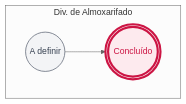
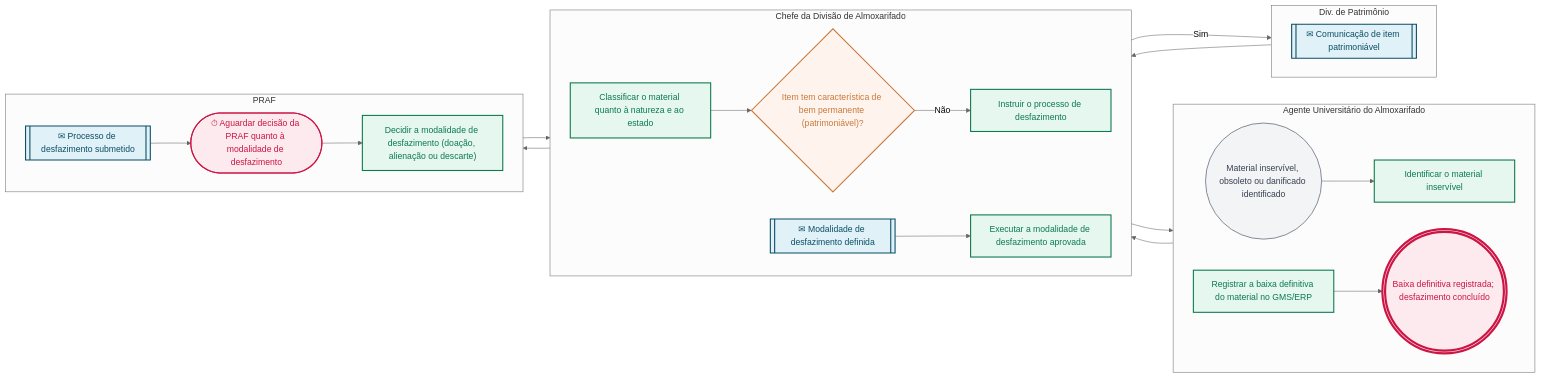
The second of 2 diagrams in pops/ALM/ALM-07.md (jessefers/canvas-vivo-atdg), drawn with Mermaid (neutral theme) before and after one commit. The commit also changed other lines of this file and 9 other files, not shown here.

````diff
--- a/pops/ALM/ALM-07.md
+++ b/pops/ALM/ALM-07.md
@@ -113,17 +148,53 @@
 ```mermaid
 flowchart LR
-  subgraph R1["Div. de Almoxarifado"]
+  subgraph R1["Agente Universitário do Almoxarifado"]
     direction LR
-    e1(("A definir"))
-    e2((("Concluído")))
+    e1(("Material inservível, obsoleto ou danificado identificado"))
+    e2["Identificar o material inservível"]
+    e12["Registrar a baixa definitiva do material no GMS/ERP"]
+    e13((("Baixa definitiva registrada; desfazimento concluído")))
+  end
+  subgraph R2["Chefe da Divisão de Almoxarifado"]
+    direction LR
+    e3["Classificar o material quanto à natureza e ao estado"]
+    e4{"Item tem característica de bem permanente (patrimoniável)?"}
+    e6["Instruir o processo de desfazimento"]
+    e10[["✉ Modalidade de desfazimento definida"]]
+    e11["Executar a modalidade de desfazimento aprovada"]
+  end
+  subgraph R3["Div. de Patrimônio"]
+    direction LR
+    e5[["✉ Comunicação de item patrimoniável"]]
+  end
+  subgraph R4["PRAF"]
+    direction LR
+    e7[["✉ Processo de desfazimento submetido"]]
+    e8(["⏱ Aguardar decisão da PRAF quanto à modalidade de desfazimento"])
+    e9["Decidir a modalidade de desfazimento (doação, alienação ou descarte)"]
   end
   e1 --> e2
+  e2 --> e3
+  e3 --> e4
+  e4 -- Sim --> e5
+  e5 --> e6
+  e4 -- Não --> e6
+  e6 --> e7
+  e7 --> e8
+  e8 --> e9
+  e9 --> e10
+  e10 --> e11
+  e11 --> e12
+  e12 --> e13
   classDef inicio fill:#f3f4f6,stroke:#6b7280,stroke-width:1.5px,color:#374151
   classDef atividade fill:#E6F7F0,stroke:#0B7A4E,stroke-width:2px,color:#0B7A4E
   classDef decisao fill:#FFF4ED,stroke:#C9783A,stroke-width:2px,color:#C9783A
   classDef fim fill:#FDEAEE,stroke:#CC1544,stroke-width:4px,color:#CC1544
   classDef pausa fill:#FDEAEE,stroke:#CC1544,stroke-width:2px,color:#CC1544
   classDef captura fill:#E0F2F8,stroke:#0B4D66,stroke-width:2px,color:#0B4D66
   class e1 inicio
-  class e2 fim
+  class e2,e3,e6,e9,e11,e12 atividade
+  class e4 decisao
+  class e5,e7,e10 captura
+  class e8 pausa
+  class e13 fim
 ```
````
